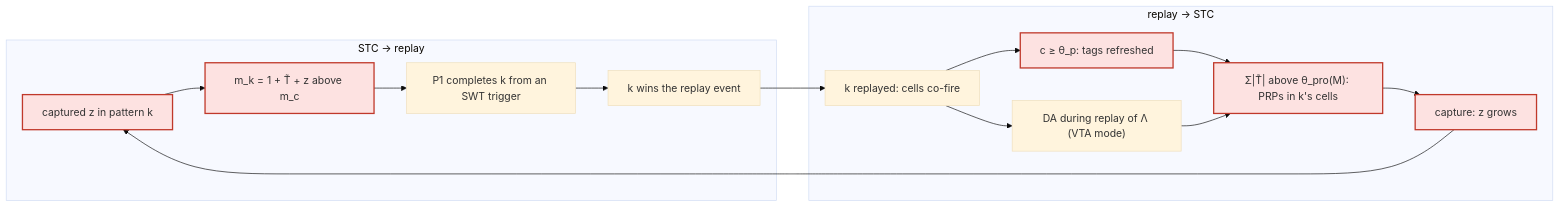
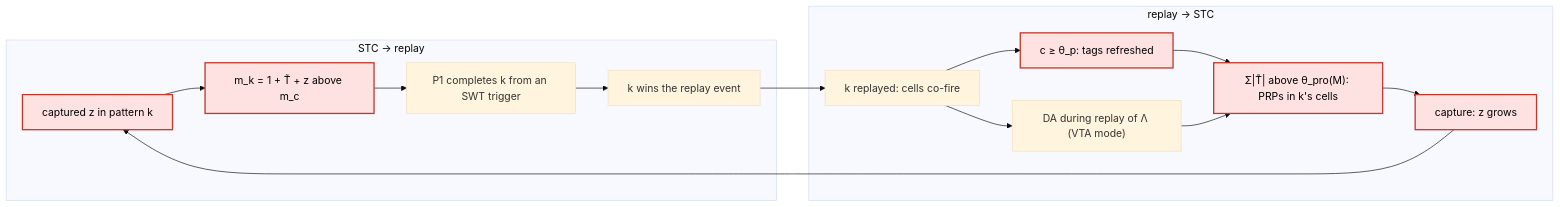
One commit to max-talanov/tinyCA3 changed the fifth of 7 diagrams in docs/implementation_plan.md. Above: the diagram before and after it, drawn with Mermaid (base theme). The commit also changed other lines of this file, not shown here.

````diff
--- a/docs/implementation_plan.md
+++ b/docs/implementation_plan.md
@@ -346,19 +348,19 @@
 ```mermaid
 flowchart LR
     subgraph A["STC → replay"]
         z1["captured z in pattern k"] --> m1["m_k = 1 + T̃ + z above m_c"]
         m1 --> c1["P1 completes k from an SWT trigger"]
         c1 --> r1["k wins the replay event"]
     end
     subgraph B["replay → STC"]
         r2["k replayed: cells co-fire"] --> t2["c ≥ θ_p: tags refreshed"]
         r2 --> d2["DA during replay of Λ (VTA mode)"]
         t2 --> p2["Σ|T̃| above θ_pro(M): PRPs in k's cells"]
         d2 --> p2
         p2 --> z2["capture: z grows"]
     end
     r1 --> r2
     z2 --> z1
-    classDef stc fill:#fde2e1,stroke:#c0392b,stroke-width:2px;
+    classDef stc fill:#fde2e1,stroke:#c0392b,stroke-width:2px,color:#000000;
     class z1,m1,t2,p2,z2 stc;
 ```
````
